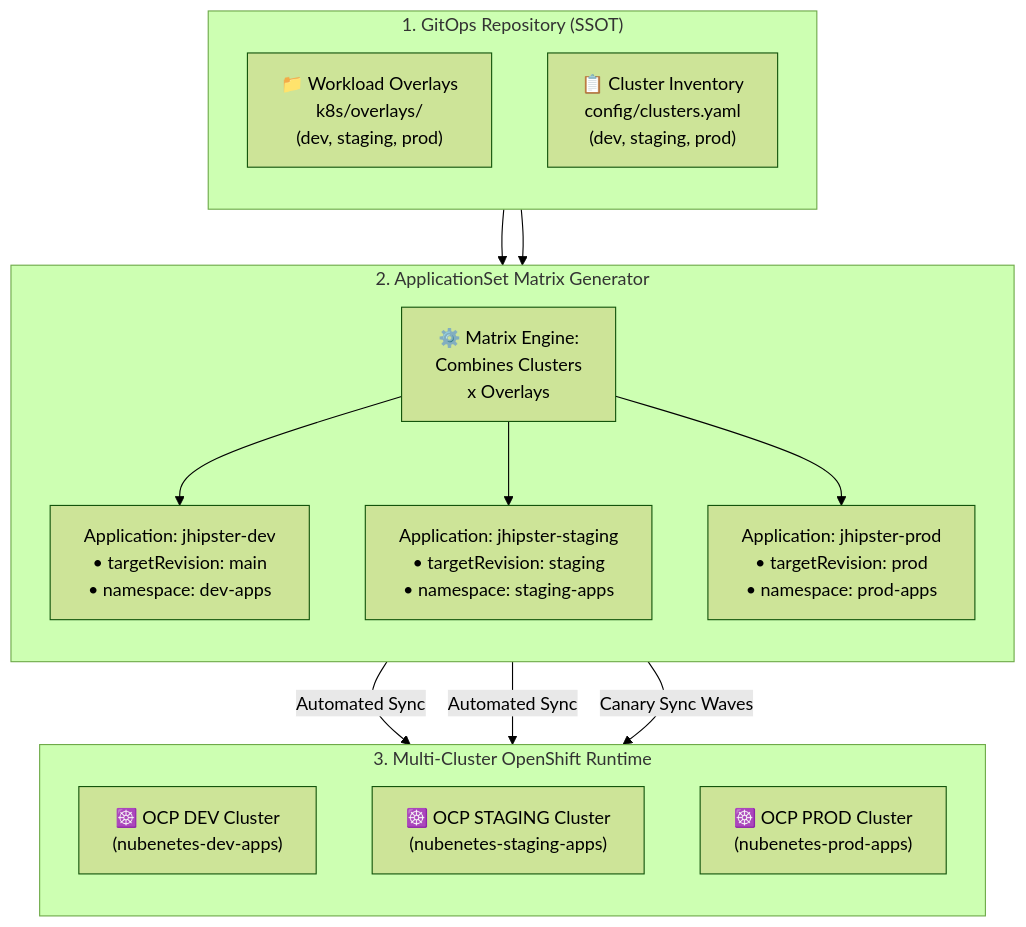
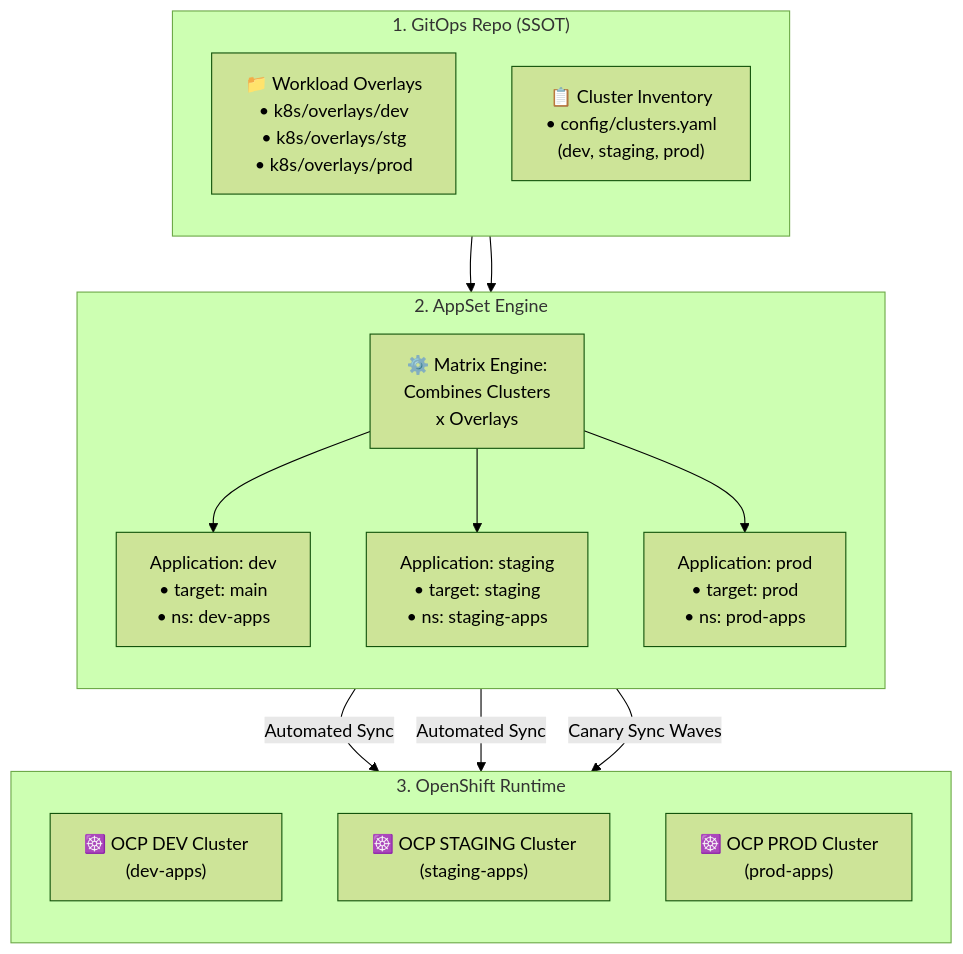
Before and after one commit to nubenetes/jenkins-without-git-parameter: diagram 11 of 14 in README.md, drawn with Mermaid (forest theme). The commit also changed other lines of this file, not shown here.

Commit message:
fix(mermaid): enforce hard 20-char line limit on all diagram nodes to permanently prevent text clipping on GitHub

````diff
--- a/README.md
+++ b/README.md
@@ -725,29 +724,29 @@
 ```mermaid
 flowchart TB
-    subgraph GitOpsSource["1. GitOps Repository (SSOT)"]
+    subgraph GitOpsSource["1. GitOps Repo (SSOT)"]
         direction TB
-        Manifests["📁 Workload Overlays<br/>k8s/overlays/<br/>(dev, staging, prod)"]
-        ClusterList["📋 Cluster Inventory<br/>config/clusters.yaml<br/>(dev, staging, prod)"]
+        Manifests["📁 Workload Overlays<br/>• k8s/overlays/dev<br/>• k8s/overlays/stg<br/>• k8s/overlays/prod"]
+        ClusterList["📋 Cluster Inventory<br/>• config/clusters.yaml<br/>(dev, staging, prod)"]
     end
 
-    subgraph AppSetEngine["2. ApplicationSet Matrix Generator"]
+    subgraph AppSetEngine["2. AppSet Engine"]
         direction TB
         Matrix["⚙️ Matrix Engine:<br/>Combines Clusters<br/>x Overlays"]
-        AppDev["Application: jhipster-dev<br/>• targetRevision: main<br/>• namespace: dev-apps"]
-        AppStg["Application: jhipster-staging<br/>• targetRevision: staging<br/>• namespace: staging-apps"]
-        AppPrd["Application: jhipster-prod<br/>• targetRevision: prod<br/>• namespace: prod-apps"]
+        AppDev["Application: dev<br/>• target: main<br/>• ns: dev-apps"]
+        AppStg["Application: staging<br/>• target: staging<br/>• ns: staging-apps"]
+        AppPrd["Application: prod<br/>• target: prod<br/>• ns: prod-apps"]
     end
 
-    subgraph TargetClusters["3. Multi-Cluster OpenShift Runtime"]
+    subgraph TargetClusters["3. OpenShift Runtime"]
         direction TB
-        OCPDev["☸️ OCP DEV Cluster<br/>(nubenetes-dev-apps)"]
-        OCPStg["☸️ OCP STAGING Cluster<br/>(nubenetes-staging-apps)"]
-        OCPPrd["☸️ OCP PROD Cluster<br/>(nubenetes-prod-apps)"]
+        OCPDev["☸️ OCP DEV Cluster<br/>(dev-apps)"]
+        OCPStg["☸️ OCP STAGING Cluster<br/>(staging-apps)"]
+        OCPPrd["☸️ OCP PROD Cluster<br/>(prod-apps)"]
     end
 
     Manifests --> Matrix
     ClusterList --> Matrix
     Matrix --> AppDev -->|"Automated Sync"| OCPDev
     Matrix --> AppStg -->|"Automated Sync"| OCPStg
     Matrix --> AppPrd -->|"Canary Sync Waves"| OCPPrd
 ```
````
